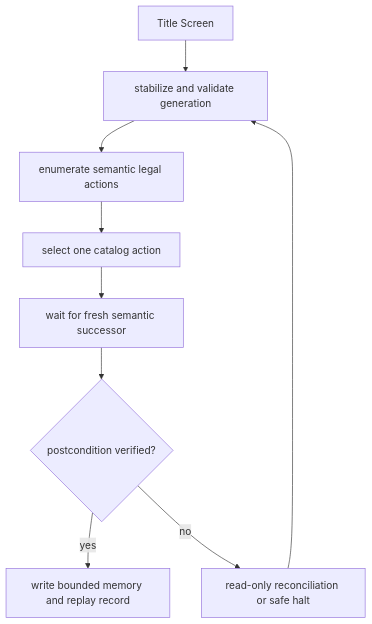
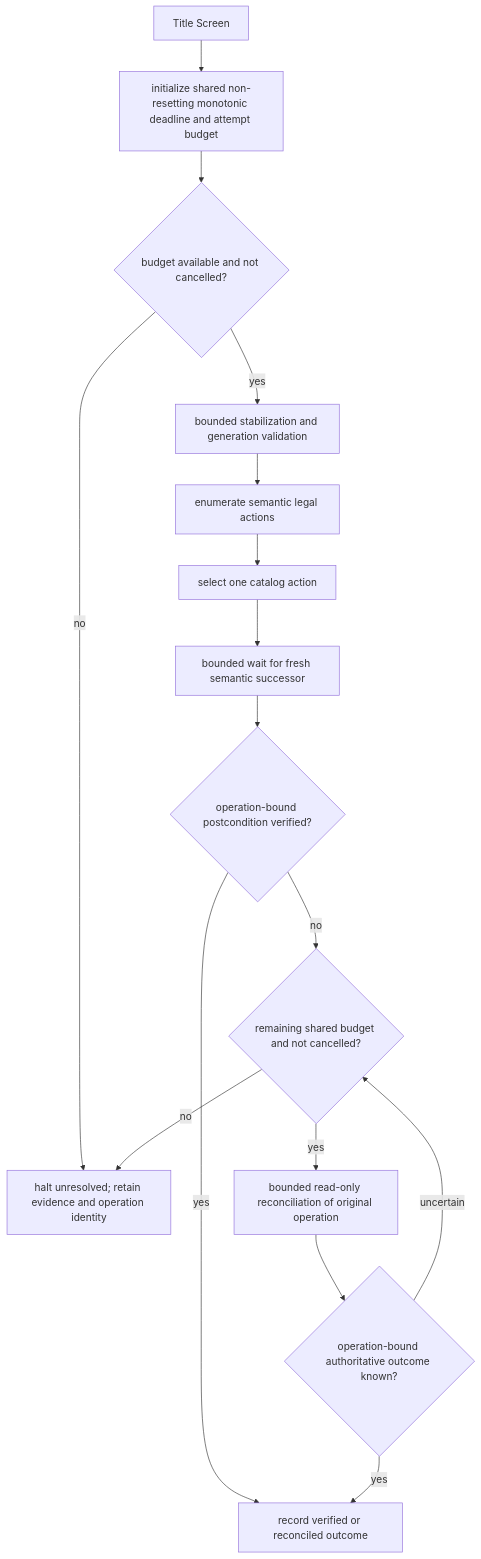
The diagram in docs/research/sts2-expert-state-package/diagrams/states/title_screen.mmd (AI-Ascension/sts2-harness), drawn with Mermaid before and after one commit. The commit also changed 135 other files, not shown here.

Commit message:
fix(research): bound generated recovery and halt unresolved outcomes

```diff
--- a/docs/research/sts2-expert-state-package/diagrams/states/title_screen.mmd
+++ b/docs/research/sts2-expert-state-package/diagrams/states/title_screen.mmd
@@ -1,11 +1,19 @@
 %% Generated by sts2-expert-state-package-generator/1; requirements baseline only.
 flowchart TD
-    E["Title Screen"] --> B["stabilize and validate generation"]
+    E["Title Screen"] --> I["initialize shared non-resetting monotonic deadline and attempt budget"]
+    I --> Q{"budget available and not cancelled?"}
+    Q -->|no| H["halt unresolved; retain evidence and operation identity"]
+    Q -->|yes| B["bounded stabilization and generation validation"]
     B --> L["enumerate semantic legal actions"]
     L --> X["select one catalog action"]
-    X --> W["wait for fresh semantic successor"]
-    W --> V{"postcondition verified?"}
-    V -->|yes| M["write bounded memory and replay record"]
-    V -->|no| R["read-only reconciliation or safe halt"]
-    R --> B
+    X --> W["bounded wait for fresh semantic successor"]
+    W --> V{"operation-bound postcondition verified?"}
+    V -->|yes| M["record verified or reconciled outcome"]
+    V -->|no| C{"remaining shared budget and not cancelled?"}
+    C -->|no| H
+    C -->|yes| R["bounded read-only reconciliation of original operation"]
+    R --> K{"operation-bound authoritative outcome known?"}
+    K -->|yes| M
+    K -->|uncertain| C
+    %% No recovery edge returns to action selection; halt has no outgoing edge.
     %% Stable node key: title_screen
```
